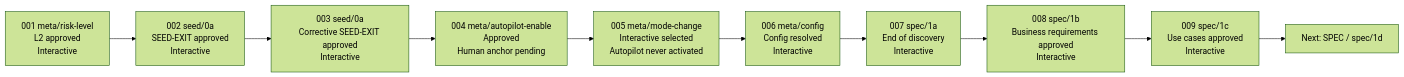
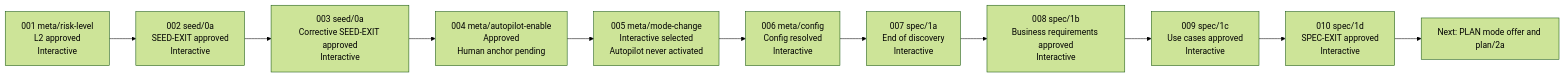
The diagram in twtty/replay-execution/execution-diagram.md (dvazqueb11/demo-agentic-workflow-sample), drawn with Mermaid (forest theme) before and after one commit. The commit also changed 4 other files, not shown here.

````diff
--- a/twtty/replay-execution/execution-diagram.md
+++ b/twtty/replay-execution/execution-diagram.md
@@ -5,15 +5,16 @@
 ```mermaid
 flowchart LR
     R["001 meta/risk-level<br/>L2 approved<br/>Interactive"]
     S["002 seed/0a<br/>SEED-EXIT approved<br/>Interactive"]
     C["003 seed/0a<br/>Corrective SEED-EXIT approved<br/>Interactive"]
     A["004 meta/autopilot-enable<br/>Approved<br/>Human anchor pending"]
     I["005 meta/mode-change<br/>Interactive selected<br/>Autopilot never activated"]
     G["006 meta/config<br/>Config resolved<br/>Interactive"]
     D["007 spec/1a<br/>End of discovery<br/>Interactive"]
     B["008 spec/1b<br/>Business requirements approved<br/>Interactive"]
     U["009 spec/1c<br/>Use cases approved<br/>Interactive"]
-    N["Next: SPEC / spec/1d"]
+    X["010 spec/1d<br/>SPEC-EXIT approved<br/>Interactive"]
+    N["Next: PLAN mode offer and plan/2a"]
 
-    R --> S --> C --> A --> I --> G --> D --> B --> U --> N
+    R --> S --> C --> A --> I --> G --> D --> B --> U --> X --> N
 ```
````
